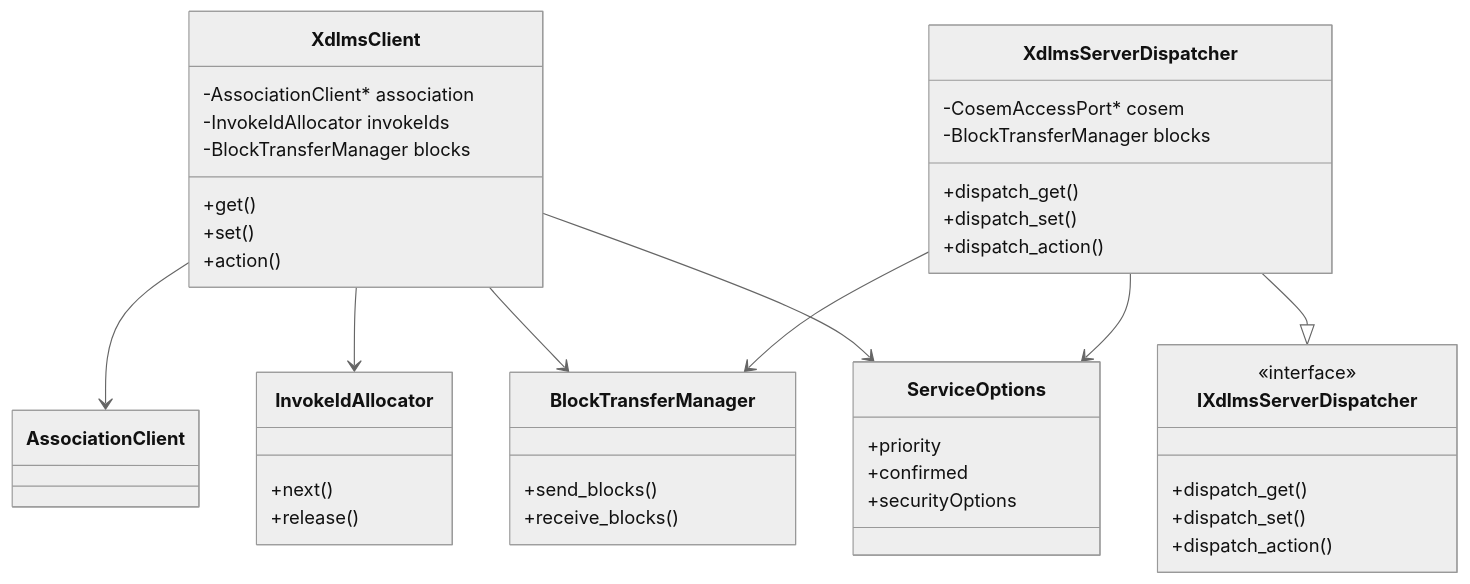
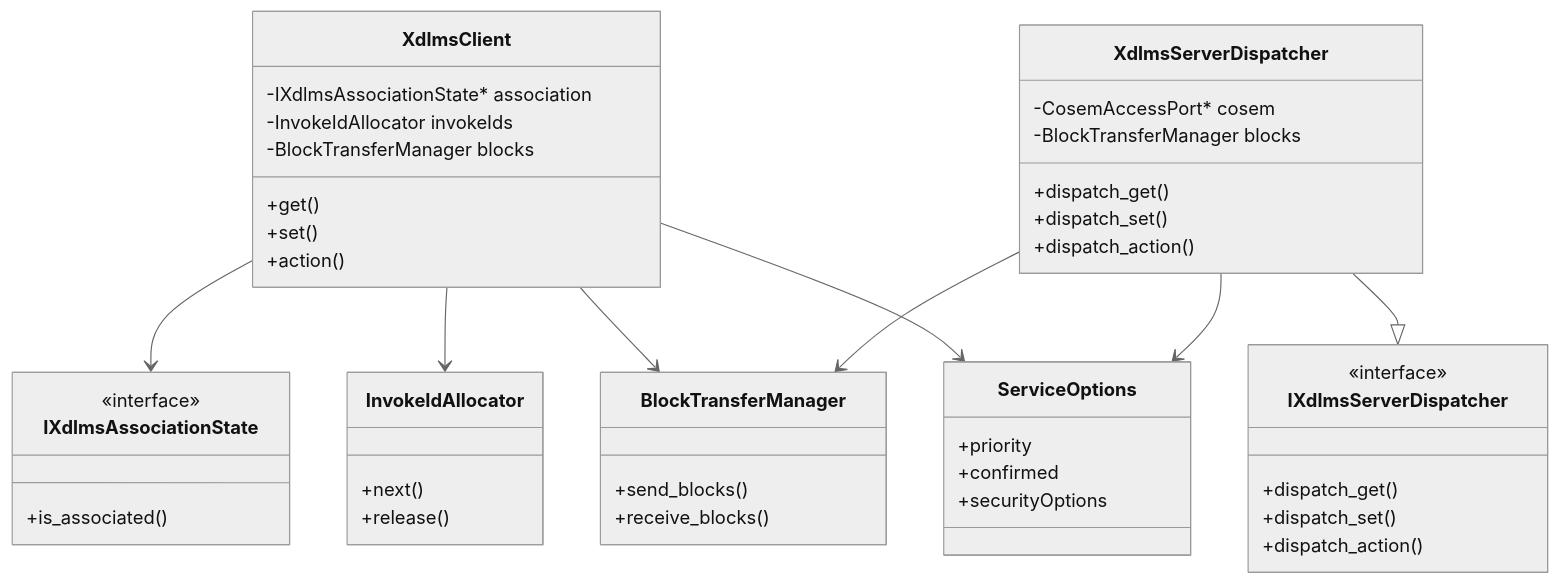
One commit to gvtret/dlms changed the seventh of 12 diagrams in docs/system_architecture.md. Above: the diagram before and after it, drawn with Mermaid (neutral theme). The commit also changed other lines of this file, not shown here.

````diff
--- a/docs/system_architecture.md
+++ b/docs/system_architecture.md
@@ -577,50 +598,55 @@
 ```mermaid
 classDiagram
   class XdlmsClient {
-    -AssociationClient* association
+    -IXdlmsAssociationState* association
     -InvokeIdAllocator invokeIds
     -BlockTransferManager blocks
     +get()
     +set()
     +action()
   }
 
   class InvokeIdAllocator {
     +next()
     +release()
   }
 
   class BlockTransferManager {
     +send_blocks()
     +receive_blocks()
+  }
+
+  class IXdlmsAssociationState {
+    <<interface>>
+    +is_associated()
   }
 
   class IXdlmsServerDispatcher {
     <<interface>>
     +dispatch_get()
     +dispatch_set()
     +dispatch_action()
   }
 
   class XdlmsServerDispatcher {
     -CosemAccessPort* cosem
     -BlockTransferManager blocks
     +dispatch_get()
     +dispatch_set()
     +dispatch_action()
   }
 
   class ServiceOptions {
     +priority
     +confirmed
     +securityOptions
   }
 
-  XdlmsClient --> AssociationClient
+  XdlmsClient --> IXdlmsAssociationState
   XdlmsClient --> InvokeIdAllocator
   XdlmsClient --> BlockTransferManager
   XdlmsClient --> ServiceOptions
   XdlmsServerDispatcher --|> IXdlmsServerDispatcher
   XdlmsServerDispatcher --> BlockTransferManager
   XdlmsServerDispatcher --> ServiceOptions
 ```
````
